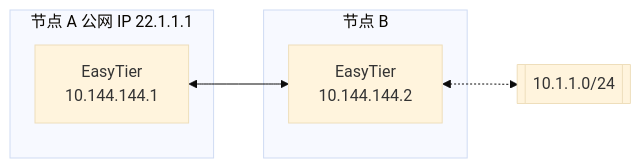
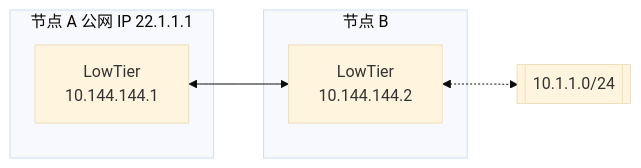
One commit to lowertier/lowerTier changed the first of 2 diagrams in README_CN.md. Above: the diagram before and after it, drawn with Mermaid (base theme). The commit also changed other lines of this file and 1280 other files, not shown here.

Commit message:
Rename the project to LowTier

````diff
--- a/README_CN.md
+++ b/README_CN.md
@@ -187,15 +187,15 @@
 ```mermaid
 flowchart LR
 
 subgraph 节点 A 公网 IP 22.1.1.1
-nodea[EasyTier<br/>10.144.144.1]
+nodea[LowTier<br/>10.144.144.1]
 end
 
 subgraph 节点 B
-nodeb[EasyTier<br/>10.144.144.2]
+nodeb[LowTier<br/>10.144.144.2]
 end
 
 id1[[10.1.1.0/24]]
 
 nodea <--> nodeb <-.-> id1
 ```
````
